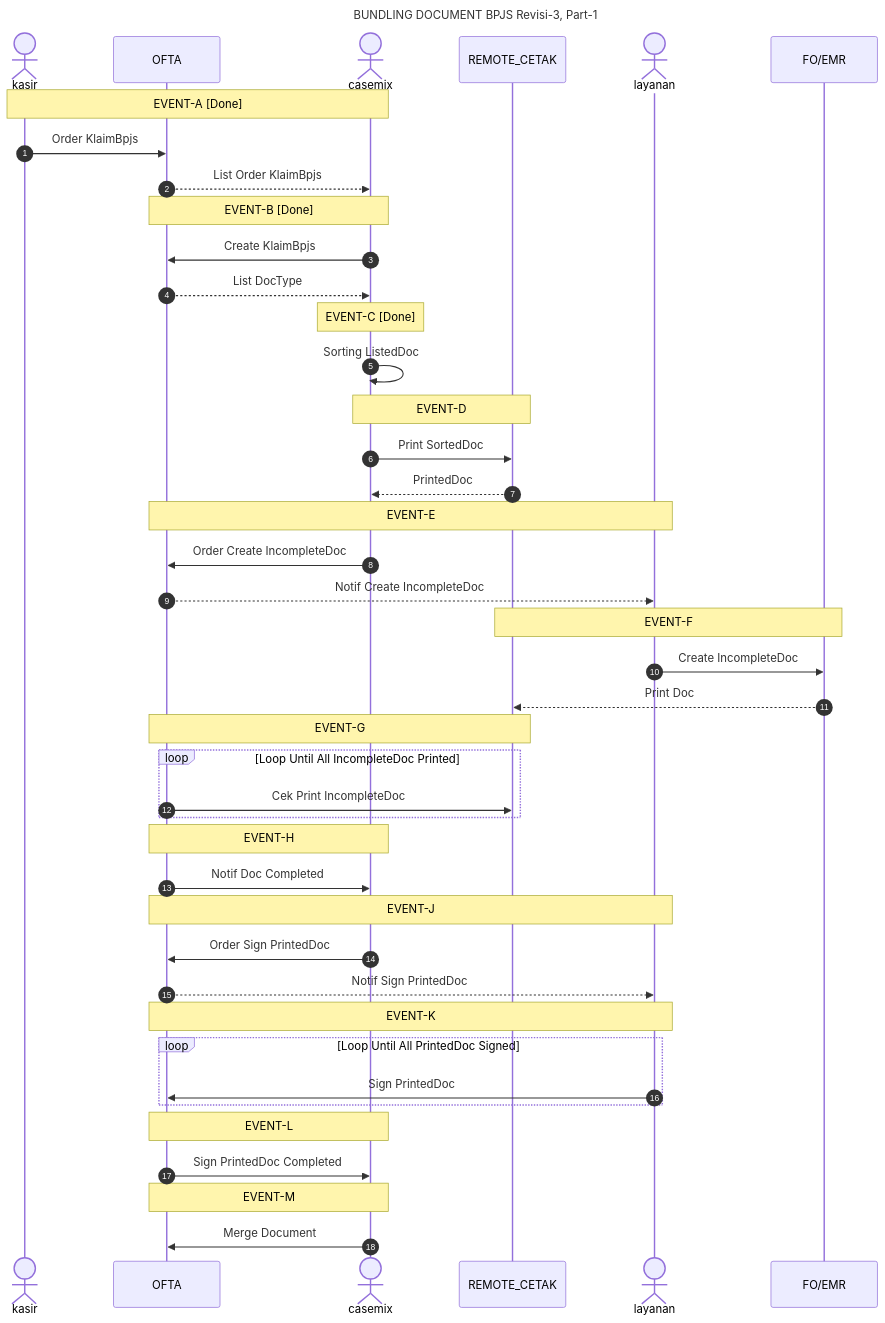
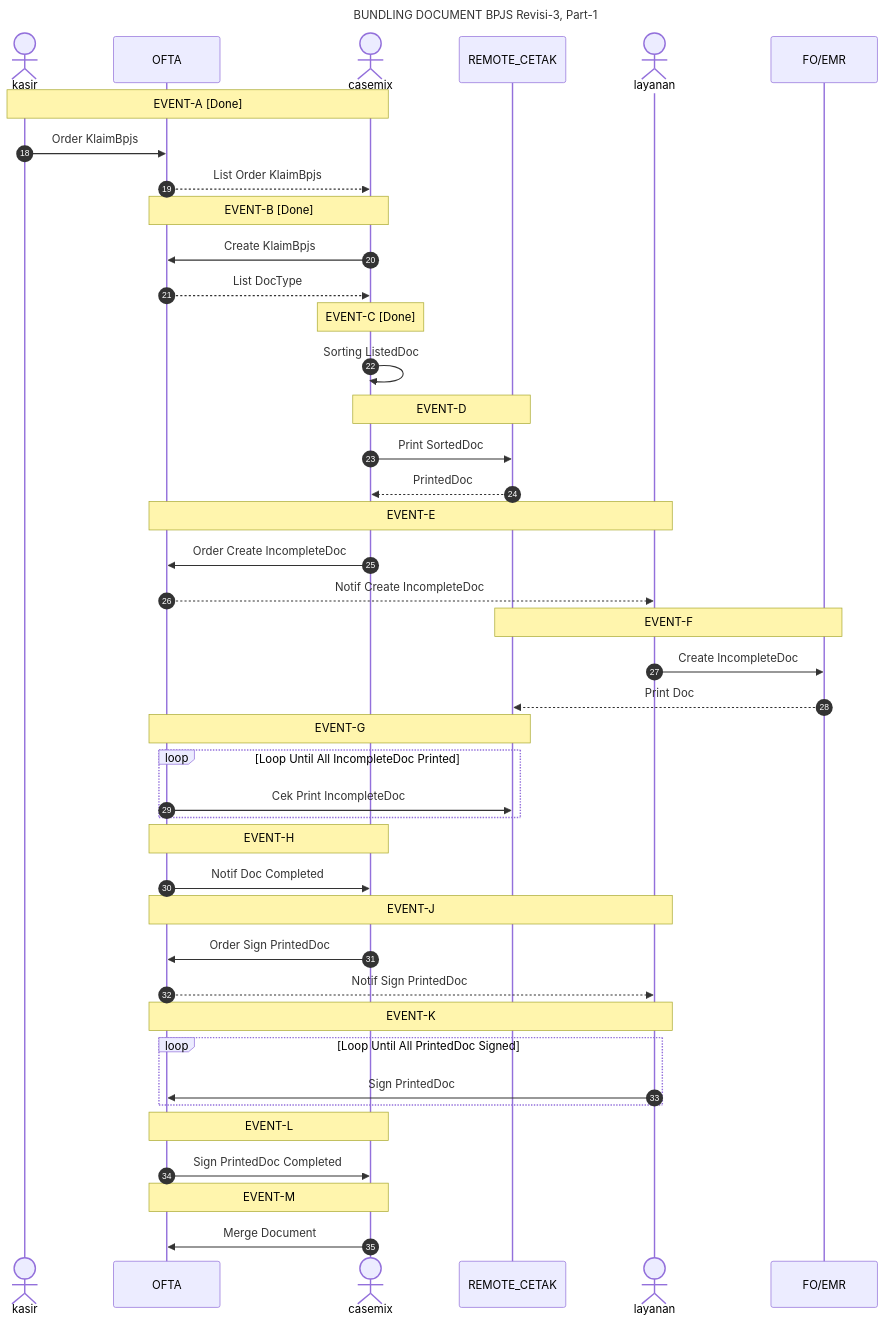
Before and after one commit to smart-ics/b005-ofta-api: the fourth of 4 diagrams in readme.md, drawn with Mermaid. The commit also changed other lines of this file and 13 other files, not shown here.

````diff
--- a/readme.md
+++ b/readme.md
@@ -108,58 +108,58 @@
 ```mermaid
 sequenceDiagram
     title BUNDLING DOCUMENT BPJS Revisi-3, Part-1
     actor kasir
     participant OFTA
     actor casemix
     participant REMOTE_CETAK
     actor layanan
     participant FO/EMR
-    autonumber 1
+    autonumber 18
 
     note over kasir, casemix: EVENT-A [Done]
     kasir ->> OFTA: Order KlaimBpjs 
     OFTA -->> casemix: List Order KlaimBpjs 
 
     note over OFTA, casemix: EVENT-B [Done]
     casemix ->> OFTA: Create KlaimBpjs
     OFTA -->> casemix: List DocType
 
     note over casemix: EVENT-C [Done]
     casemix ->> casemix: Sorting ListedDoc
     
     note over casemix, REMOTE_CETAK: EVENT-D
     casemix ->> REMOTE_CETAK: Print SortedDoc
     REMOTE_CETAK -->> casemix : PrintedDoc
 
     note over OFTA, layanan: EVENT-E
     casemix ->> OFTA: Order Create IncompleteDoc 
     OFTA -->> layanan: Notif Create IncompleteDoc
     
     note over REMOTE_CETAK, FO/EMR: EVENT-F
     layanan ->> FO/EMR : Create IncompleteDoc
     FO/EMR -->> REMOTE_CETAK: Print Doc
 
     note over OFTA, REMOTE_CETAK: EVENT-G
     loop Loop Until All IncompleteDoc Printed
         OFTA ->> REMOTE_CETAK : Cek Print IncompleteDoc
     end
     
     note over OFTA, casemix: EVENT-H
     OFTA ->> casemix : Notif Doc Completed
 
     note over OFTA, layanan: EVENT-J
     casemix ->> OFTA: Order Sign PrintedDoc
     OFTA -->> layanan: Notif Sign PrintedDoc
 
 
     note over OFTA, layanan: EVENT-K
     loop Loop Until All PrintedDoc Signed
         layanan ->> OFTA: Sign PrintedDoc
     end
 
     note over OFTA, casemix: EVENT-L
     OFTA ->> casemix: Sign PrintedDoc Completed
 
     note over OFTA, casemix: EVENT-M
     casemix ->> OFTA: Merge Document
 ```
````
